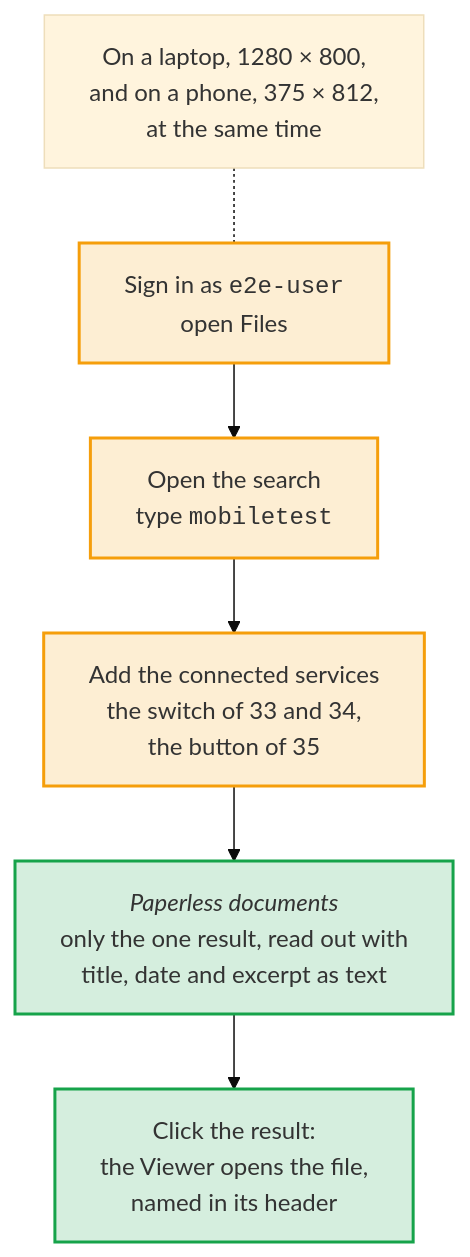
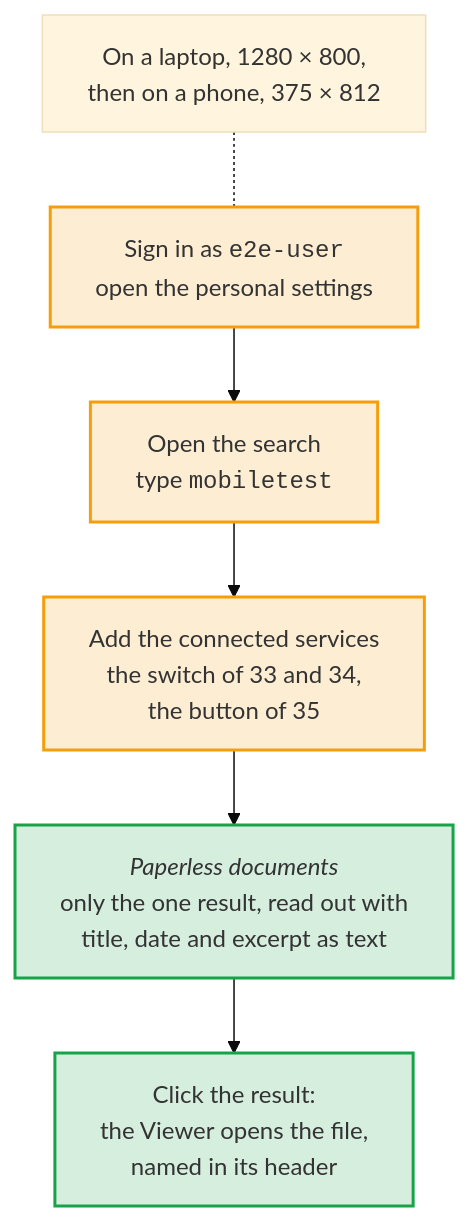
Before and after one commit to Dennis-Otto/paperless-unified-search: the fourth of 4 diagrams in tests/e2e/README.md, drawn with Mermaid (base theme). The commit also changed other lines of this file and 3 other files, not shown here.

````diff
--- a/tests/e2e/README.md
+++ b/tests/e2e/README.md
@@ -164,25 +164,25 @@
 ```mermaid
 ---
 config:
   flowchart:
     wrappingWidth: 400
 ---
 flowchart TB
     accTitle: The search dialog in flow.mjs
-    accDescr: flow.mjs signs in as e2e-user, opens Files and the search, types mobiletest and adds the connected services, with the switch of Nextcloud 33 and 34 or the button of Nextcloud 35. It expects the group Paperless documents with only Mobile viewer test, read out with its title, its date and its excerpt as text. A click on the result opens the file in the Viewer, which names it in its header. It does this on a laptop and on a phone at the same time.
+    accDescr: flow.mjs signs in as e2e-user, opens the personal settings and the search, types mobiletest and adds the connected services, with the switch of Nextcloud 33 and 34 or the button of Nextcloud 35. It expects the group Paperless documents with only Mobile viewer test, read out with its title, its date and its excerpt as text. A click on the result opens the file in Files, in the Viewer, which names it in its header. It does this on a laptop and then on a phone.
 
-    signin["Sign in as <code>e2e-user</code><br/>open Files"]
+    signin["Sign in as <code>e2e-user</code><br/>open the personal settings"]
     dialog["Open the search<br/>type <code>mobiletest</code>"]
     connected["Add the connected services<br/>the switch of 33 and 34,<br/>the button of 35"]
     result["<i>Paperless documents</i><br/>only the one result, read out with<br/>title, date and excerpt as text"]
     viewer["Click the result:<br/>the Viewer opens the file,<br/>named in its header"]
-    sizes["On a laptop, 1280 × 800,<br/>and on a phone, 375 × 812,<br/>at the same time"]
+    sizes["On a laptop, 1280 × 800,<br/>then on a phone, 375 × 812"]
 
     signin --> dialog --> connected --> result --> viewer
     sizes -.- signin
 
     classDef person fill:#f59e0b2e,stroke:#f59e0b,stroke-width:2px
     classDef done fill:#16a34a2e,stroke:#16a34a,stroke-width:2px
     class signin,dialog,connected person
     class result,viewer done
 ```
````
